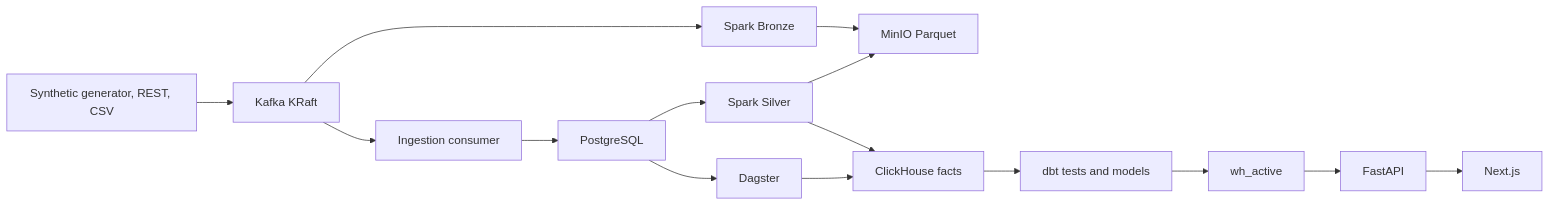
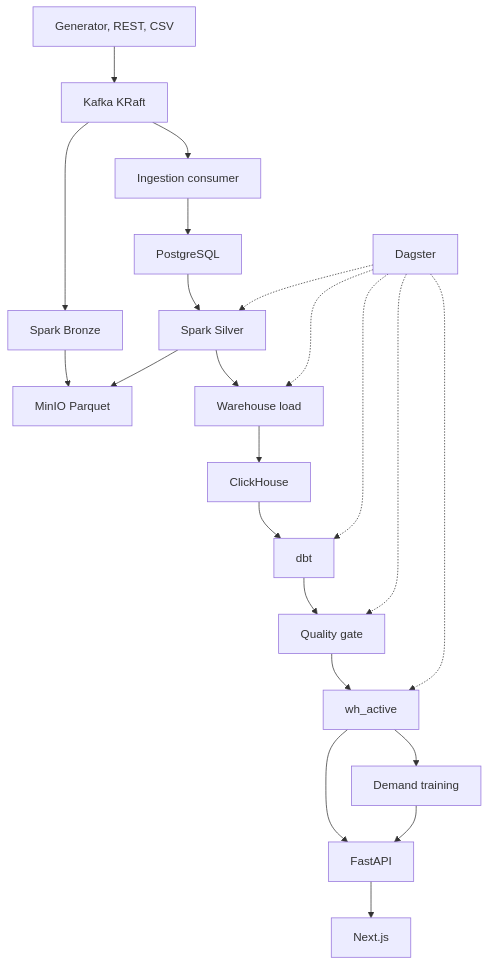
Before and after one commit to Ibrahem-Ali-99/TITAN: the diagram in docs/portfolio/architecture.md, drawn with Mermaid. The commit also changed 15 other files, not shown here.

````diff
--- a/docs/portfolio/architecture.md
+++ b/docs/portfolio/architecture.md
@@ -5,17 +5,24 @@
 ```mermaid
-flowchart LR
-  sources["Synthetic generator, REST, CSV"] --> kafka["Kafka KRaft"]
+flowchart TB
+  sources["Generator, REST, CSV"] --> kafka["Kafka KRaft"]
   kafka --> ingest["Ingestion consumer"]
   ingest --> pg["PostgreSQL"]
   kafka --> bronze["Spark Bronze"]
   pg --> silver["Spark Silver"]
   bronze --> minio["MinIO Parquet"]
   silver --> minio
-  silver --> ch["ClickHouse facts"]
-  ch --> dbt["dbt tests and models"]
-  dbt --> pointer["wh_active"]
-  pointer --> api["FastAPI"]
+  silver --> load["Warehouse load"]
+  load --> ch["ClickHouse"]
+  ch --> dbt["dbt"]
+  dbt --> gate["Quality gate"]
+  gate --> active["wh_active"]
+  active --> api["FastAPI"]
   api --> web["Next.js"]
-  pg --> dagster["Dagster"]
-  dagster --> ch
+  active --> ml["Demand training"]
+  ml --> api
+  dagster["Dagster"] -.-> silver
+  dagster -.-> load
+  dagster -.-> dbt
+  dagster -.-> gate
+  dagster -.-> active
 ```
````
